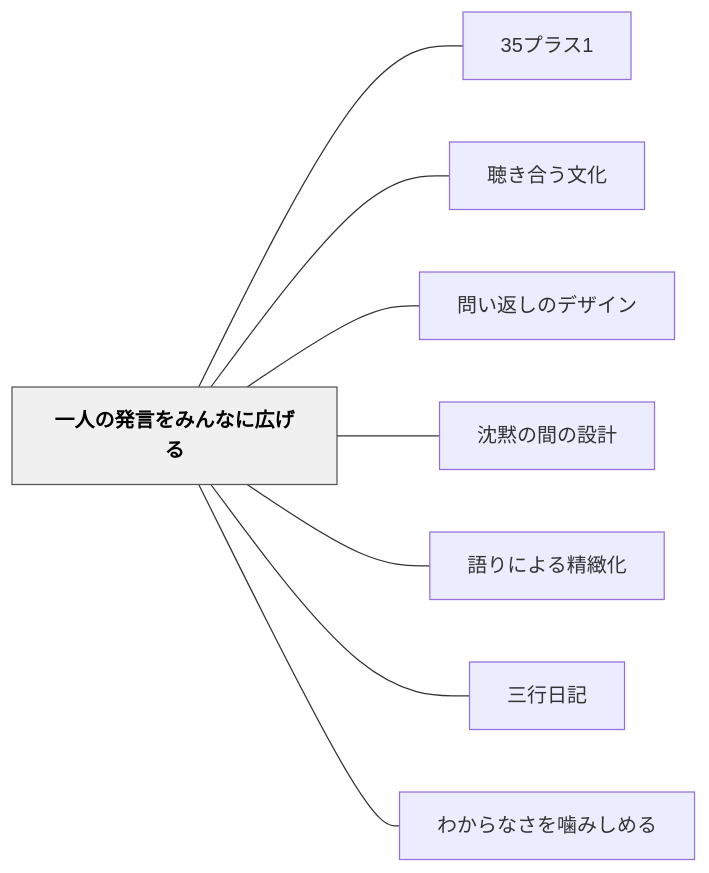
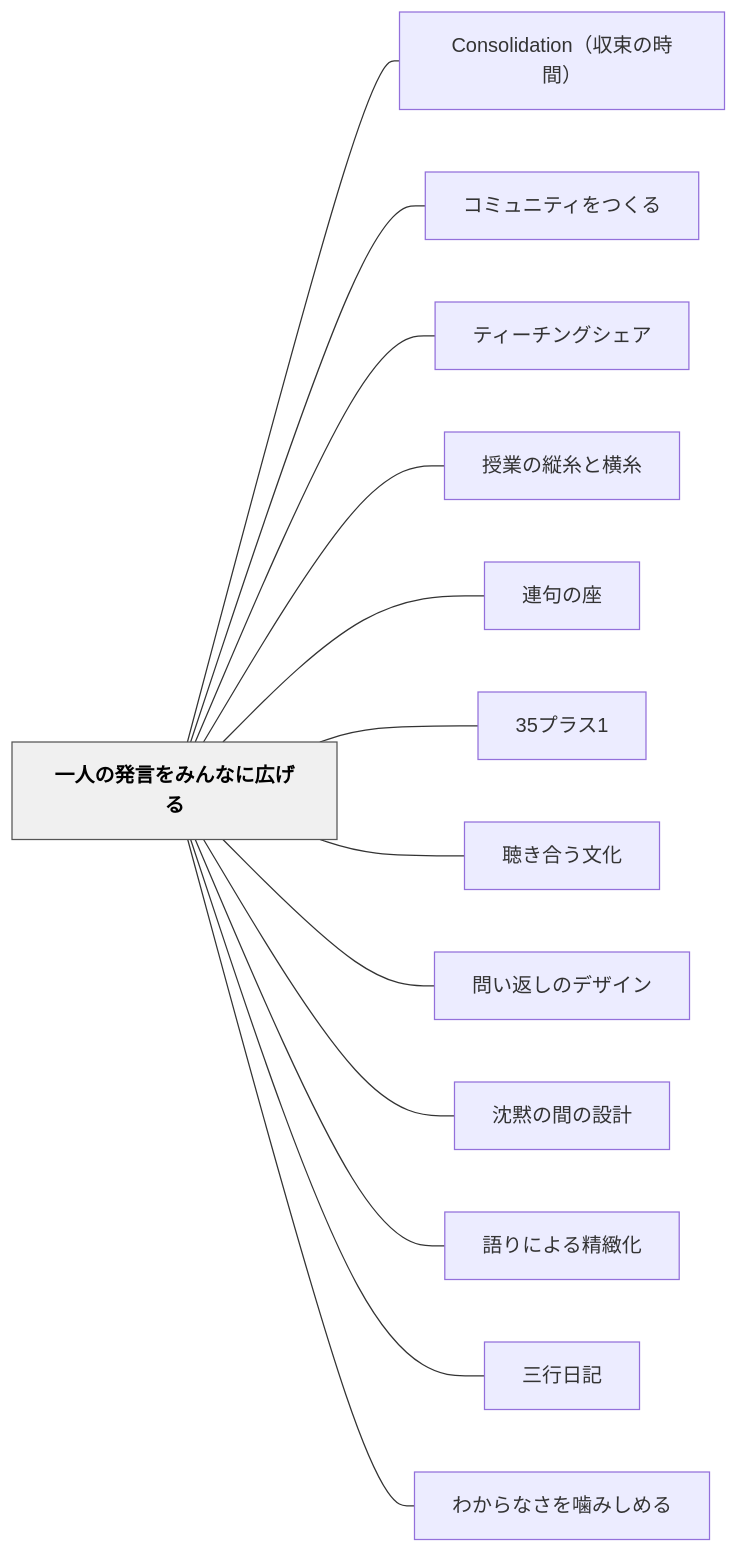
The diagram in content/パタン/一人の発言をみんなに広げる.md (unknownthings-ed-patterns/unknownthings-ed-patterns), drawn with Mermaid before and after one commit. The commit also changed other lines of this file and 473 other files, not shown here.

````diff
--- a/content/パタン/一人の発言をみんなに広げる.md
+++ b/content/パタン/一人の発言をみんなに広げる.md
@@ -81,22 +81,32 @@
 ```mermaid
 flowchart LR
     ne4b880e4baba["一人の発言をみんなに広げる"]
+    n436f6e736f6c["Consolidation（収束の時間）"]
+    ne382b3e3839f["コミュニティをつくる"]
+    ne38386e382a3["ティーチングシェア"]
+    ne68e88e6a5ad["授業の縦糸と横糸"]
+    ne980a3e58fa5["連句の座"]
     n3335e38397e3["35プラス1"]
     ne881b4e3818d["聴き合う文化"]
     ne5958fe38184["問い返しのデザイン"]
     ne6b288e9bb99["沈黙の間の設計"]
     ne8aa9ee3828a["語りによる精緻化"]
     ne4b889e8a18c["三行日記"]
     ne3828fe3818b["わからなさを噛みしめる"]
 
+    ne4b880e4baba --- n436f6e736f6c
+    ne4b880e4baba --- ne382b3e3839f
+    ne4b880e4baba --- ne38386e382a3
+    ne4b880e4baba --- ne68e88e6a5ad
+    ne4b880e4baba --- ne980a3e58fa5
     ne4b880e4baba --- n3335e38397e3
     ne4b880e4baba --- ne881b4e3818d
     ne4b880e4baba --- ne5958fe38184
     ne4b880e4baba --- ne6b288e9bb99
     ne4b880e4baba --- ne8aa9ee3828a
     ne4b880e4baba --- ne4b889e8a18c
     ne4b880e4baba --- ne3828fe3818b
 
     classDef hub fill:#f0f0f0,stroke:#555,color:#000,font-weight:bold
     class ne4b880e4baba hub
 ```
````
